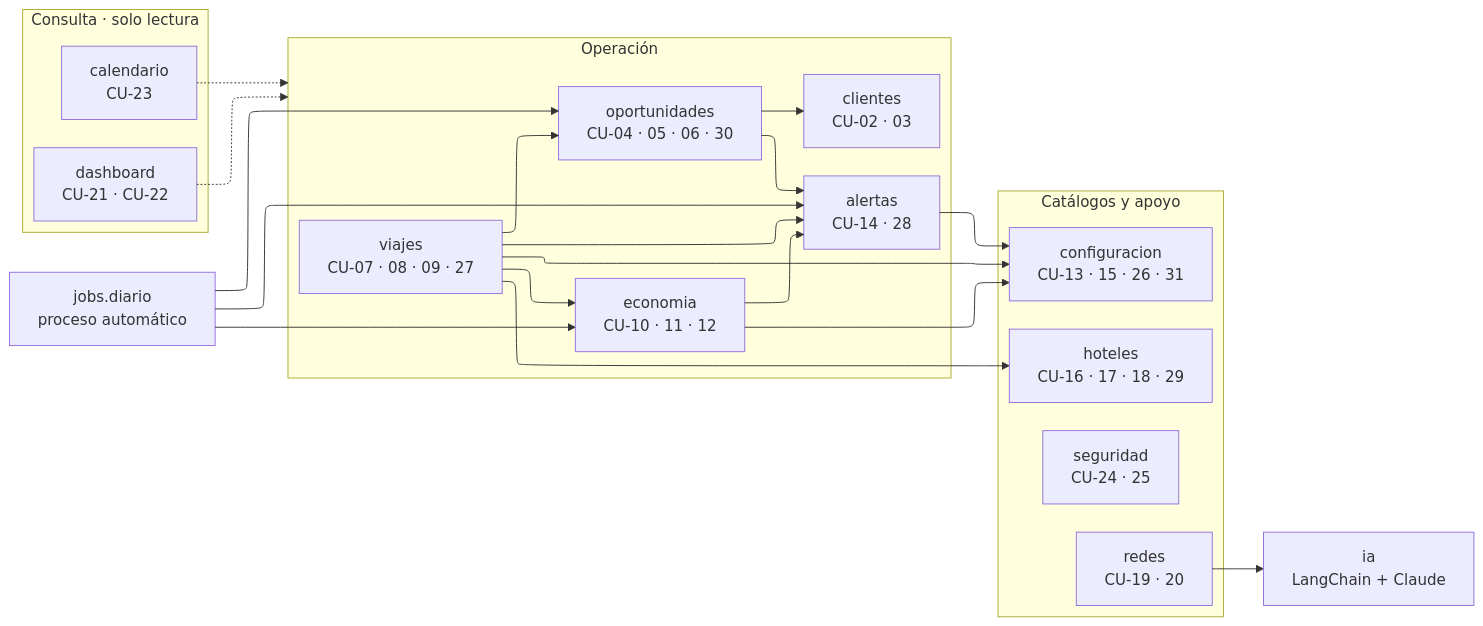
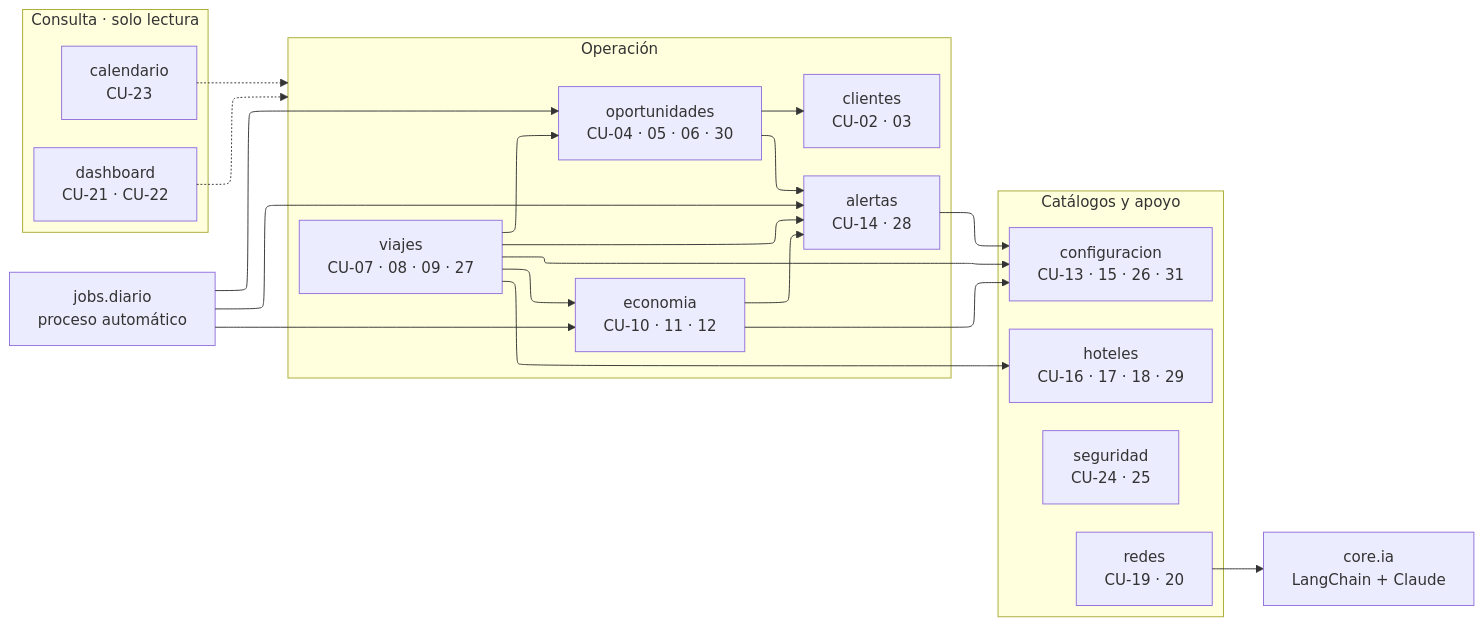
Before and after one commit to FranLuciano04/Vault-Rumbo: the fourth of 4 diagrams in 05-Diseño/Arquitectura/ARQ — Vista general.md, drawn with Mermaid. The commit also changed other lines of this file and 3 other files, not shown here.

````diff
--- a/05-Diseño/Arquitectura/ARQ — Vista general.md
+++ b/05-Diseño/Arquitectura/ARQ — Vista general.md
@@ -179,44 +192,44 @@
 ```mermaid
 %%{init: {"flowchart": {"defaultRenderer": "elk"}} }%%
 flowchart LR
     Jobs["jobs.diario<br/>proceso automático"]
 
     subgraph Consulta["Consulta · solo lectura"]
       Dash["dashboard<br/>CU-21 · CU-22"]
       Cal["calendario<br/>CU-23"]
     end
 
     subgraph Operacion["Operación"]
       Opo["oportunidades<br/>CU-04 · 05 · 06 · 30"]
       Via["viajes<br/>CU-07 · 08 · 09 · 27"]
       Eco["economia<br/>CU-10 · 11 · 12"]
       Cli["clientes<br/>CU-02 · 03"]
       Ale["alertas<br/>CU-14 · 28"]
     end
 
     subgraph Catalogos["Catálogos y apoyo"]
       Hot["hoteles<br/>CU-16 · 17 · 18 · 29"]
       Red["redes<br/>CU-19 · 20"]
       Conf["configuracion<br/>CU-13 · 15 · 26 · 31"]
       Seg["seguridad<br/>CU-24 · 25"]
     end
 
-    IA["ia<br/>LangChain + Claude"]
+    IA["core.ia<br/>LangChain + Claude"]
 
     Opo --> Cli
     Opo --> Ale
     Via --> Opo
     Via --> Eco
     Via --> Hot
     Via --> Ale
     Via --> Conf
     Eco --> Ale
     Eco --> Conf
     Ale --> Conf
     Red --> IA
     Jobs --> Eco
     Jobs --> Opo
     Jobs --> Ale
     Dash -.-> Operacion
     Cal -.-> Operacion
 ```
````
